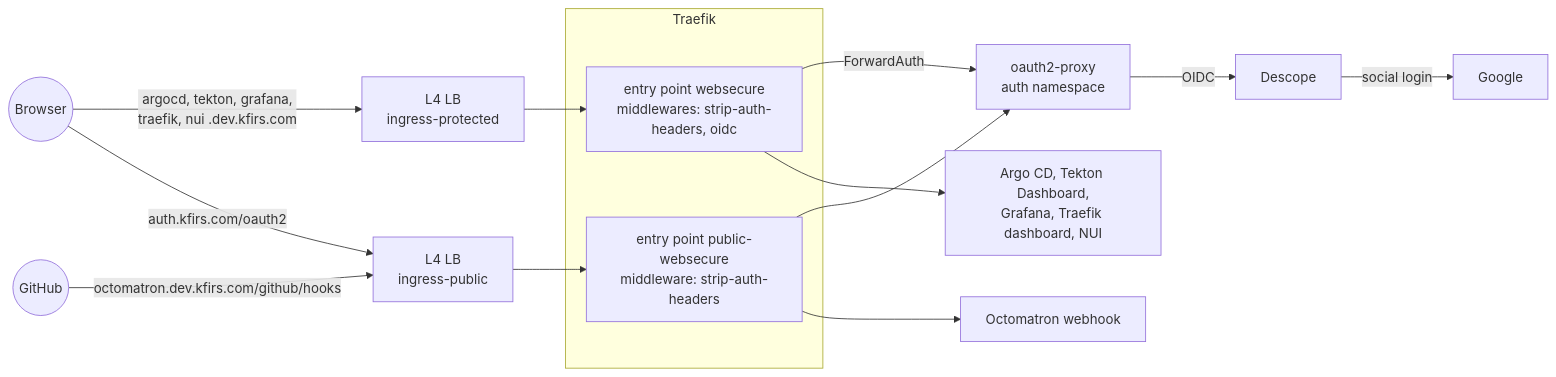
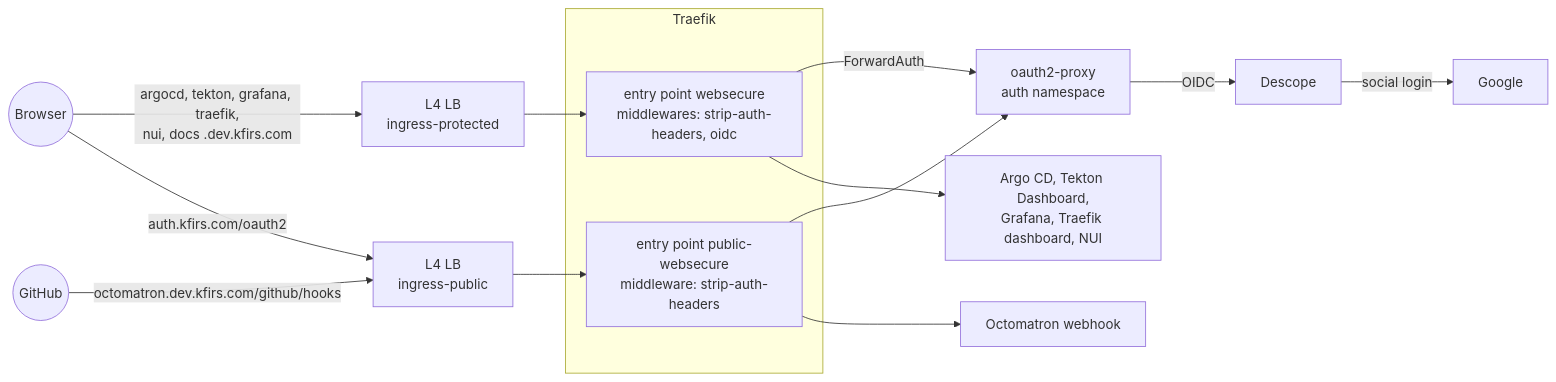
One commit to arikkfir-org/docs changed the first of 2 diagrams in hub/designs/phase-3-ingress-and-auth.md. Above: the diagram before and after it, drawn with Mermaid. The commit also changed 8 other files, not shown here.

First line of the commit message:
docs(hub): serve the docs site privately at docs.dev.kfirs.com

````diff
--- a/hub/designs/phase-3-ingress-and-auth.md
+++ b/hub/designs/phase-3-ingress-and-auth.md
@@ -9,18 +9,18 @@
 ```mermaid
 flowchart LR
-  U((Browser)) -- "argocd, tekton, grafana,<br/>traefik, nui .dev.kfirs.com" --> P[L4 LB<br/>ingress-protected]
+  U((Browser)) -- "argocd, tekton, grafana, traefik,<br/>nui, docs .dev.kfirs.com" --> P[L4 LB<br/>ingress-protected]
   G((GitHub)) -- octomatron.dev.kfirs.com/github/hooks --> Q[L4 LB<br/>ingress-public]
   U -- auth.kfirs.com/oauth2 --> Q
   subgraph traefik[Traefik]
     WS[entry point websecure<br/>middlewares: strip-auth-headers, oidc]
     PW[entry point public-websecure<br/>middleware: strip-auth-headers]
   end
   P --> WS
   Q --> PW
   WS -- ForwardAuth --> O[oauth2-proxy<br/>auth namespace]
   WS --> APPS[Argo CD, Tekton Dashboard,<br/>Grafana, Traefik dashboard, NUI]
   PW --> O
   PW --> SB[Octomatron webhook]
   O -- OIDC --> D[Descope]
   D -- social login --> GO[Google]
 ```
````
